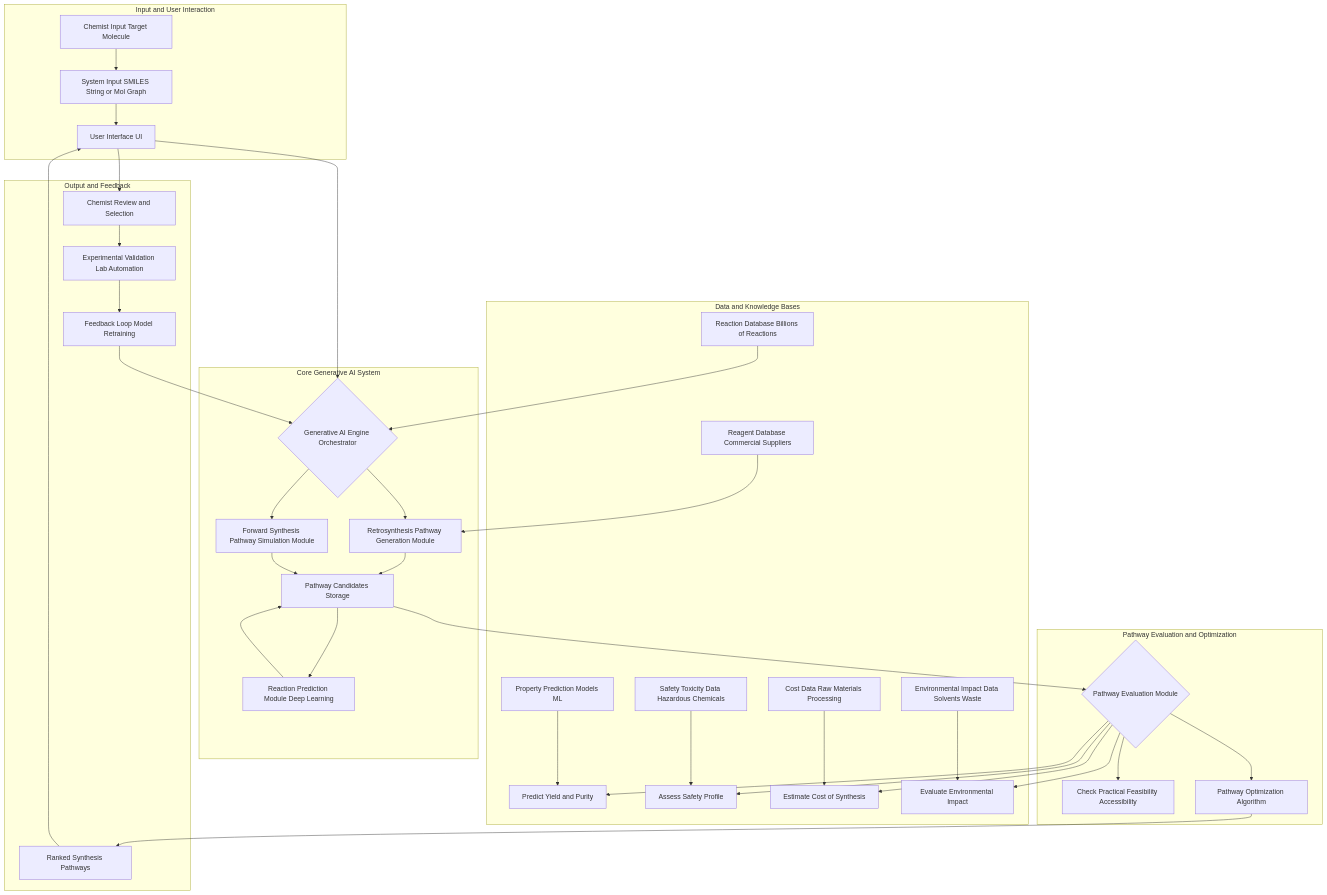
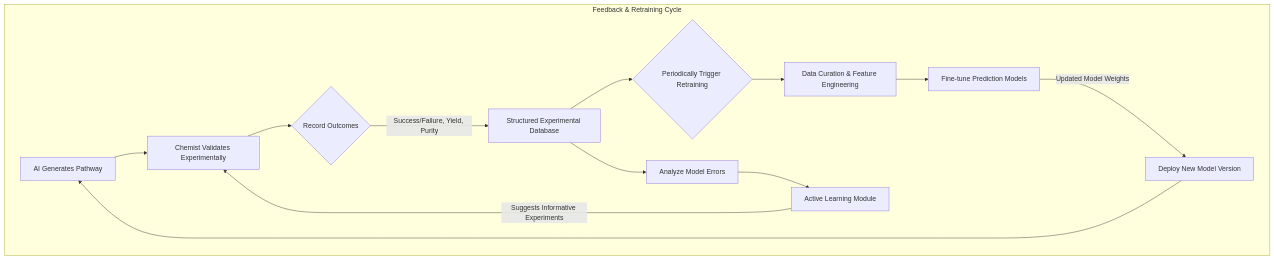
One commit to diplomat-bit/Citibank_Demo_Business_Inc_Demonstration- changed the tenth of 10 diagrams in inventions/117_generative_drug_synthesis.md. Above: the diagram before and after it, drawn with Mermaid. The commit also changed other lines of this file, not shown here.

Commit message:
[AI] Edit: inventions/117_generative_drug_synthesis.md

````diff
--- a/inventions/117_generative_drug_synthesis.md
+++ b/inventions/117_generative_drug_synthesis.md
@@ -24,45 +361,16 @@
 ```mermaid
 graph TD
-    subgraph Input and User Interaction
-        A[Chemist Input Target Molecule] --> B[System Input SMILES String or Mol Graph]
-        B --> C[User Interface UI]
-    end
-
-    subgraph Core Generative AI System
-        C --> D{Generative AI Engine Orchestrator}
-        D --> E[Retrosynthesis Pathway Generation Module]
-        D --> F[Forward Synthesis Pathway Simulation Module]
-        E --> G[Pathway Candidates Storage]
-        F --> G
-        G --> H[Reaction Prediction Module Deep Learning]
-        H --> G
-    end
-
-    subgraph Data and Knowledge Bases
-        DB1[Reaction Database Billions of Reactions] --> D
-        DB2[Reagent Database Commercial Suppliers] --> E
-        DB3[Property Prediction Models ML] --> I
-        DB4[Safety Toxicity Data Hazardous Chemicals] --> J
-        DB5[Cost Data Raw Materials Processing] --> K
-        DB6[Environmental Impact Data Solvents Waste] --> L
-    end
-
-    subgraph Pathway Evaluation and Optimization
-        G --> M{Pathway Evaluation Module}
-        M --> I[Predict Yield and Purity]
-        M --> J[Assess Safety Profile]
-        M --> K[Estimate Cost of Synthesis]
-        M --> L[Evaluate Environmental Impact]
-        M --> N[Check Practical Feasibility Accessibility]
-        M --> O[Pathway Optimization Algorithm]
-    end
-
-    subgraph Output and Feedback
-        O --> P[Ranked Synthesis Pathways]
-        P --> C
-        C --> Q[Chemist Review and Selection]
-        Q --> R[Experimental Validation Lab Automation]
-        R --> S[Feedback Loop Model Retraining]
-        S --> D
+    subgraph Feedback & Retraining Cycle
+        A[AI Generates Pathway] --> B[Chemist Validates Experimentally];
+        B --> C{Record Outcomes};
+        C -- Success/Failure, Yield, Purity --> D[Structured Experimental Database];
+        D --> E{Periodically Trigger Retraining};
+        E --> F[Data Curation & Feature Engineering];
+        F --> G[Fine-tune Prediction Models];
+        G -- Updated Model Weights --> H[Deploy New Model Version];
+        H --> A;
+        D --> I[Analyze Model Errors];
+        I --> J[Active Learning Module];
+        J -- Suggests Informative Experiments --> B;
     end
 ```
````
